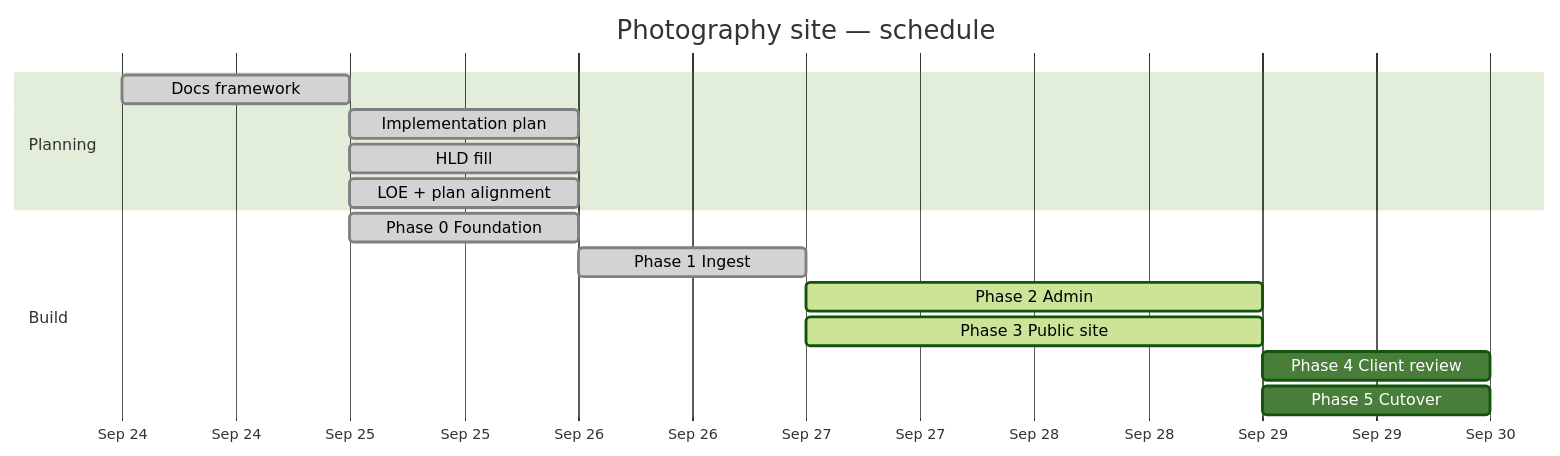
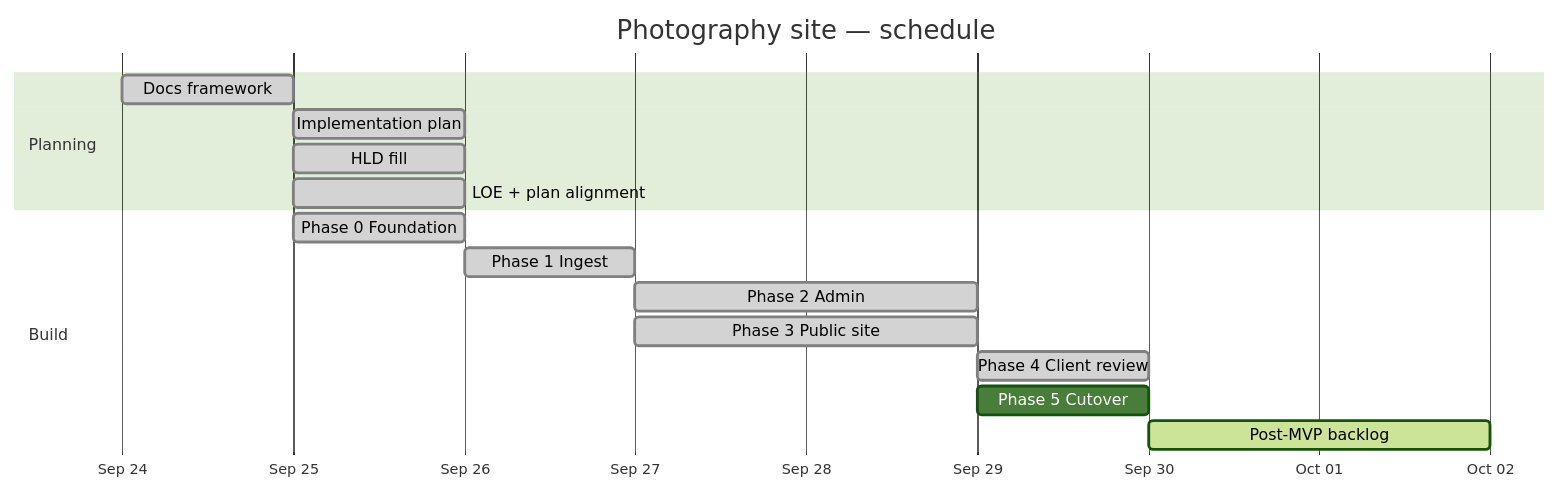
The diagram in docs/PROGRESS.md (cjlawson02/photography), drawn with Mermaid (forest theme) before and after one commit. The commit also changed other lines of this file and 2 other files, not shown here.

Commit message:
docs: sync PROGRESS, SMOKE, and AGENTS with post-MVP state

````diff
--- a/docs/PROGRESS.md
+++ b/docs/PROGRESS.md
@@ -27,20 +28,21 @@
 ```mermaid
 gantt
   title Photography site — schedule
   dateFormat YYYY-MM-DD
   axisFormat %b %d
 
   section Planning
   Docs framework            :done,    docs, 2026-09-24, 1d
   Implementation plan       :done,    impl, 2026-09-25, 1d
   HLD fill                  :done,    hld,  2026-09-25, 1d
   LOE + plan alignment      :done,    loe,  2026-09-25, 1d
 
   section Build
   Phase 0 Foundation        :done,    p0, 2026-09-25, 1d
   Phase 1 Ingest            :done,    p1, after p0, 1d
-  Phase 2 Admin             :active,  p2, after p1, 2d
-  Phase 3 Public site       :active,  p3, after p1, 2d
-  Phase 4 Client review     :         p4, after p2, 1d
+  Phase 2 Admin             :done,    p2, after p1, 2d
+  Phase 3 Public site       :done,    p3, after p1, 2d
+  Phase 4 Client review     :done,    p4, after p2, 1d
   Phase 5 Cutover           :         p5, after p3, 1d
+  Post-MVP backlog          :active,  p25, after p4, 2d
 ```
````
